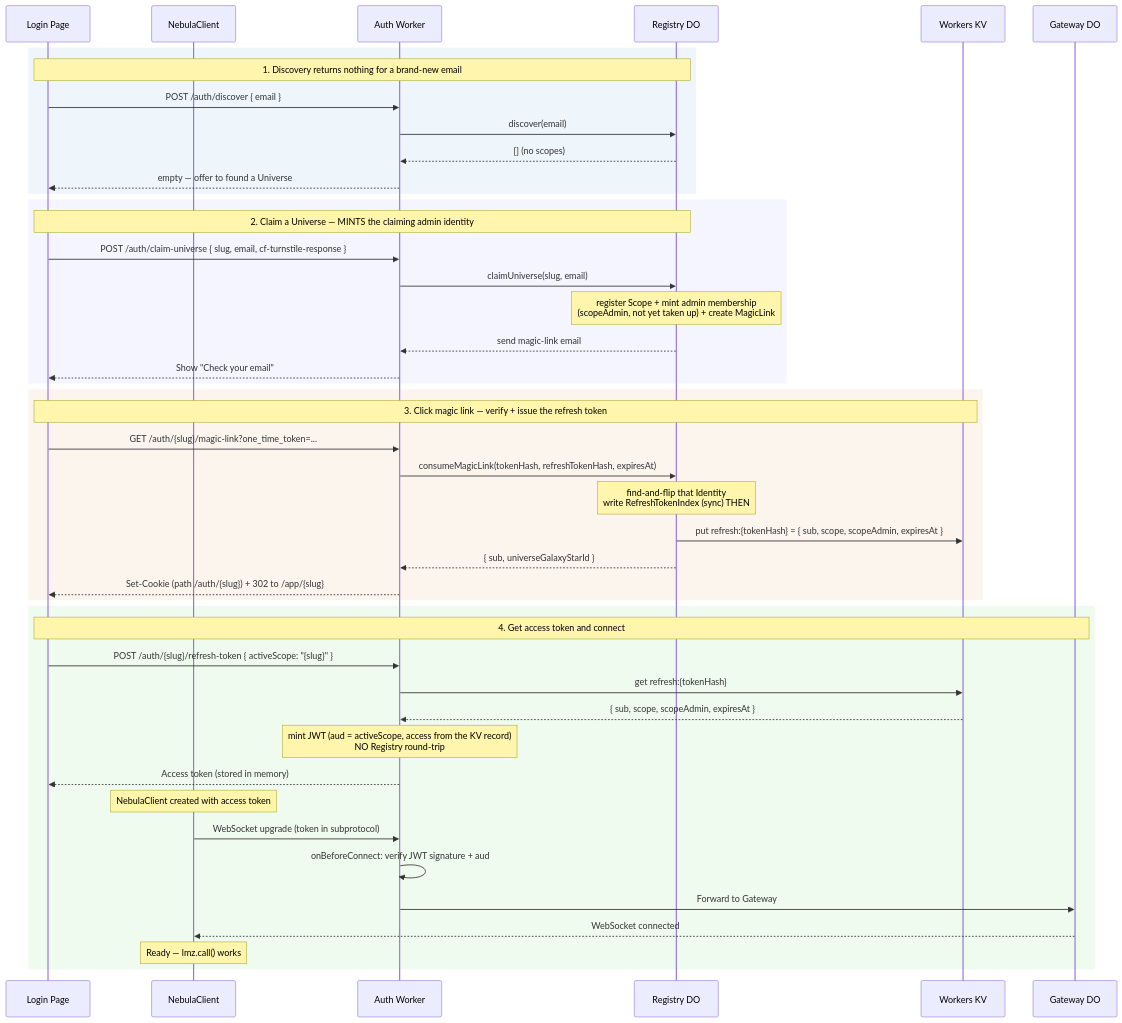
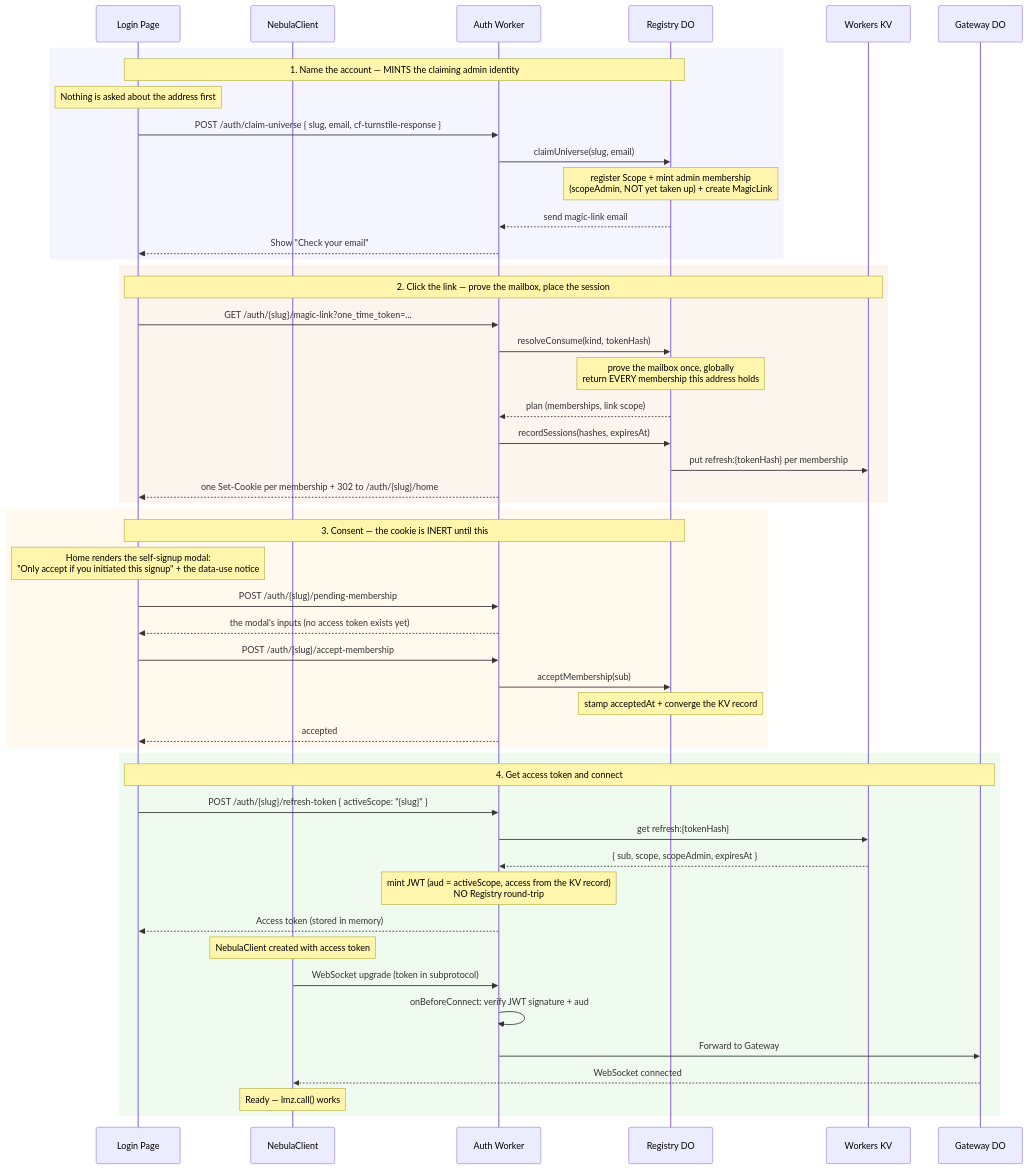
The first of 6 diagrams in website/docs/nebula/auth-flows.md (lumenize/lumenize), drawn with Mermaid before and after one commit. The commit also changed other lines of this file and 5 other files, not shown here.

First line of the commit message:
docs(nebula-auth): the docs stop describing a login order that no longer exists

````diff
--- a/website/docs/nebula/auth-flows.md
+++ b/website/docs/nebula/auth-flows.md
@@ -40,51 +40,56 @@
 ```mermaid
 sequenceDiagram
     participant UI as Login Page
     participant NC as NebulaClient
     participant W as Auth Worker
     participant R as Registry DO
     participant KV as Workers KV
     participant GW as Gateway DO
 
-    rect rgba(200, 220, 240, 0.3)
-        Note over UI,R: 1. Discovery returns nothing for a brand-new email
-        UI->>W: POST /auth/discover { email }
-        W->>R: discover(email)
-        R-->>W: [] (no scopes)
-        W-->>UI: empty — offer to found a Universe
-    end
-
     rect rgba(220, 220, 255, 0.3)
-        Note over UI,R: 2. Claim a Universe — MINTS the claiming admin identity
+        Note over UI,R: 1. Name the account — MINTS the claiming admin identity
+        Note over UI: Nothing is asked about the address first
         UI->>W: POST /auth/claim-universe { slug, email, cf-turnstile-response }
         W->>R: claimUniverse(slug, email)
-        Note over R: register Scope + mint admin membership<br/>(scopeAdmin, not yet taken up) + create MagicLink
+        Note over R: register Scope + mint admin membership<br/>(scopeAdmin, NOT yet taken up) + create MagicLink
         R-->>W: send magic-link email
         W-->>UI: Show "Check your email"
     end
 
     rect rgba(240, 220, 200, 0.3)
-        Note over UI,KV: 3. Click magic link — verify + issue the refresh token
+        Note over UI,KV: 2. Click the link — prove the mailbox, place the session
         UI->>W: GET /auth/{slug}/magic-link?one_time_token=...
-        W->>R: consumeMagicLink(tokenHash, refreshTokenHash, expiresAt)
-        Note over R: find-and-flip that Identity<br/>write RefreshTokenIndex (sync) THEN
-        R->>KV: put refresh:{tokenHash} = { sub, scope, scopeAdmin, expiresAt }
-        R-->>W: { sub, universeGalaxyStarId }
-        W-->>UI: Set-Cookie (path /auth/{slug}) + 302 to /app/{slug}
+        W->>R: resolveConsume(kind, tokenHash)
+        Note over R: prove the mailbox once, globally<br/>return EVERY membership this address holds
+        R-->>W: plan (memberships, link scope)
+        W->>R: recordSessions(hashes, expiresAt)
+        R->>KV: put refresh:{tokenHash} per membership
+        W-->>UI: one Set-Cookie per membership + 302 to /auth/{slug}/home
+    end
+
+    rect rgba(255, 235, 200, 0.3)
+        Note over UI,R: 3. Consent — the cookie is INERT until this
+        Note over UI: Home renders the self-signup modal:<br/>"Only accept if you initiated this signup" + the data-use notice
+        UI->>W: POST /auth/{slug}/pending-membership
+        W-->>UI: the modal's inputs (no access token exists yet)
+        UI->>W: POST /auth/{slug}/accept-membership
+        W->>R: acceptMembership(sub)
+        Note over R: stamp acceptedAt + converge the KV record
+        W-->>UI: accepted
     end
 
     rect rgba(200, 240, 200, 0.3)
         Note over UI,GW: 4. Get access token and connect
         UI->>W: POST /auth/{slug}/refresh-token { activeScope: "{slug}" }
         W->>KV: get refresh:{tokenHash}
         KV-->>W: { sub, scope, scopeAdmin, expiresAt }
         Note over W: mint JWT (aud = activeScope, access from the KV record)<br/>NO Registry round-trip
         W-->>UI: Access token (stored in memory)
         Note over NC: NebulaClient created with access token
         NC->>W: WebSocket upgrade (token in subprotocol)
         W->>W: onBeforeConnect: verify JWT signature + aud
         W->>GW: Forward to Gateway
         GW-->>NC: WebSocket connected
         Note over NC: Ready — lmz.call() works
     end
 ```
````
